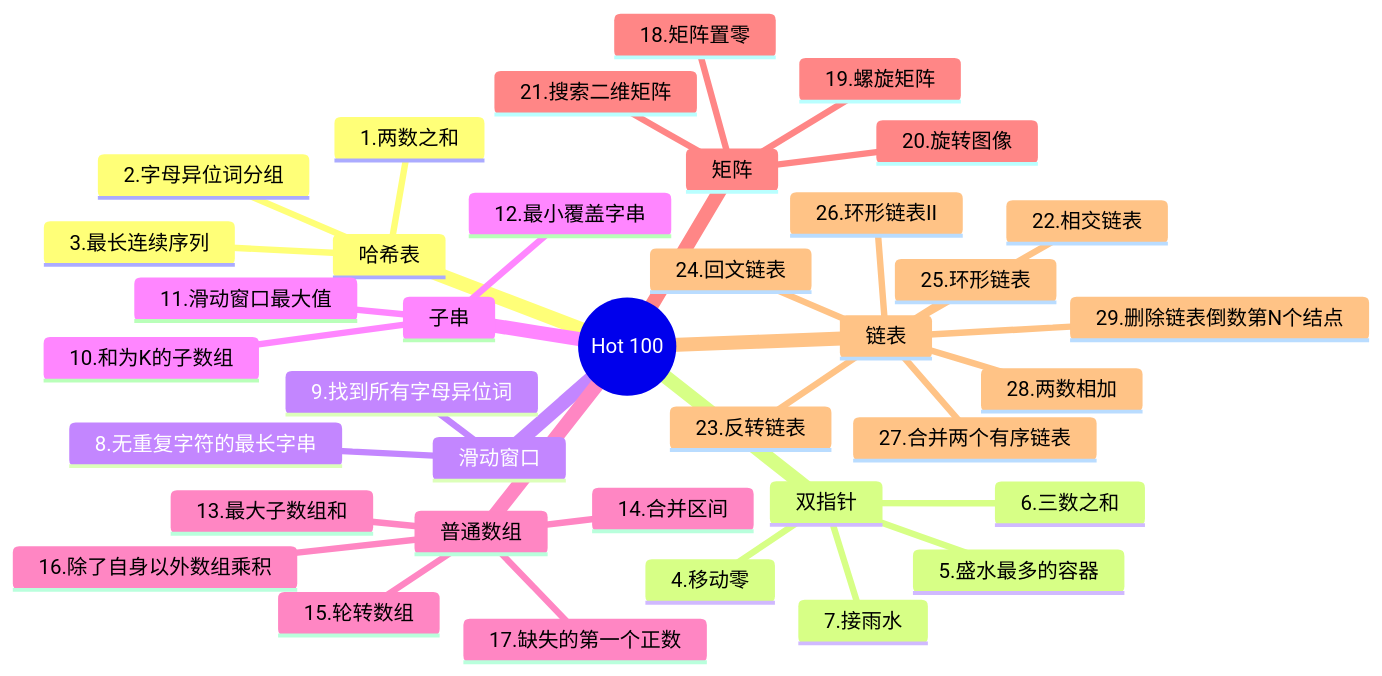
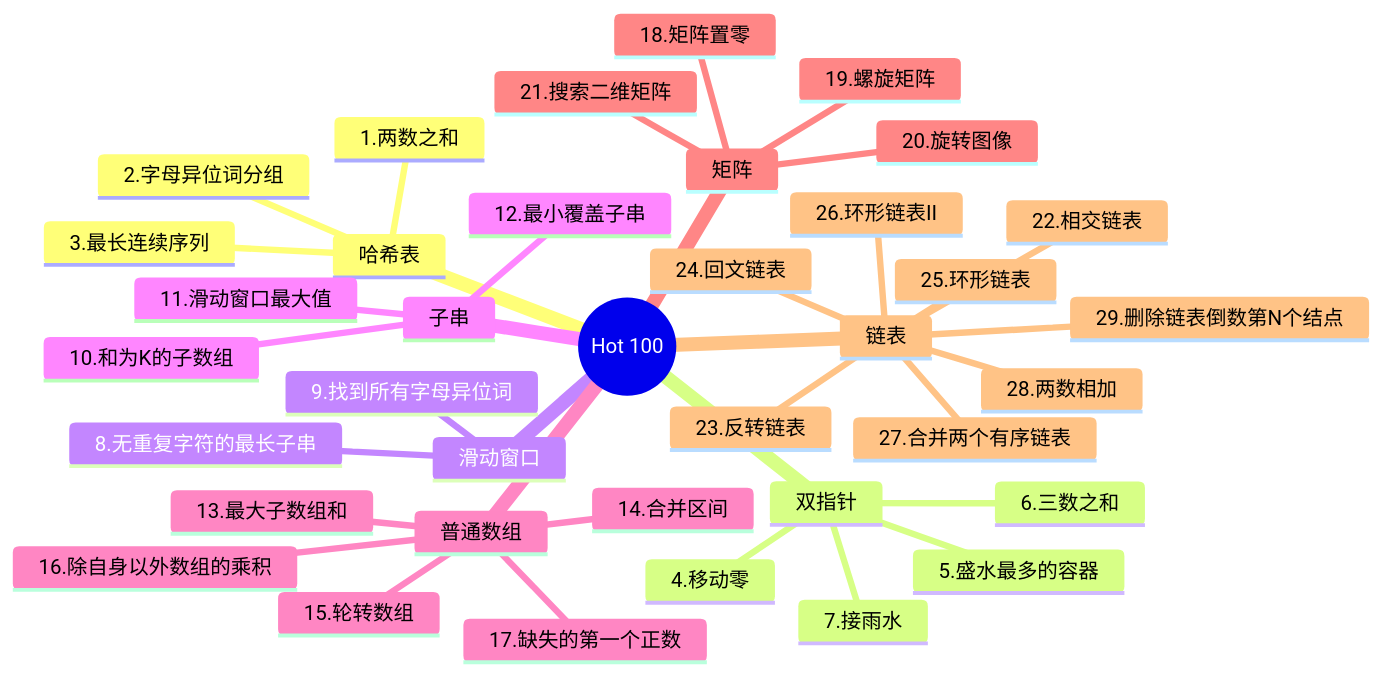
The diagram in README.md (Teachmeplaycode/Our-s-algorithm-records), drawn with Mermaid before and after one commit. The commit also changed other lines of this file, not shown here.

````diff
--- a/README.md
+++ b/README.md
@@ -128,40 +163,40 @@
 ```mermaid
 mindmap
   root((Hot 100))
     哈希表
       1.两数之和
       2.字母异位词分组
       3.最长连续序列
     双指针
       4.移动零
       5.盛水最多的容器
       6.三数之和
       7.接雨水
     滑动窗口
-      8.无重复字符的最长字串
+      8.无重复字符的最长子串
       9.找到所有字母异位词
     子串
       10.和为K的子数组
       11.滑动窗口最大值
-      12.最小覆盖字串
+      12.最小覆盖子串
     普通数组
       13.最大子数组和
       14.合并区间
       15.轮转数组
-      16.除了自身以外数组乘积
+      16.除自身以外数组的乘积
       17.缺失的第一个正数
     矩阵
       18.矩阵置零
       19.螺旋矩阵
       20.旋转图像
       21.搜索二维矩阵
     链表
       22.相交链表
       23.反转链表
       24.回文链表
       25.环形链表
       26.环形链表II
       27.合并两个有序链表
       28.两数相加
       29.删除链表倒数第N个结点
 ```
````
